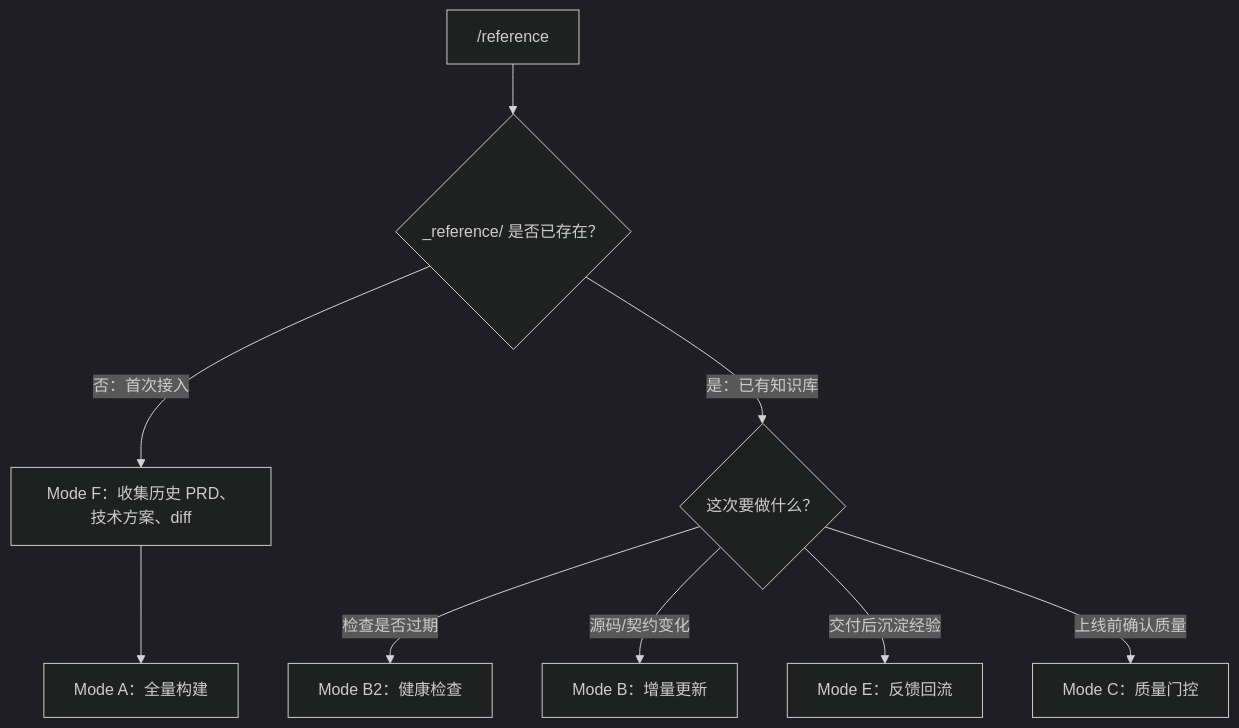
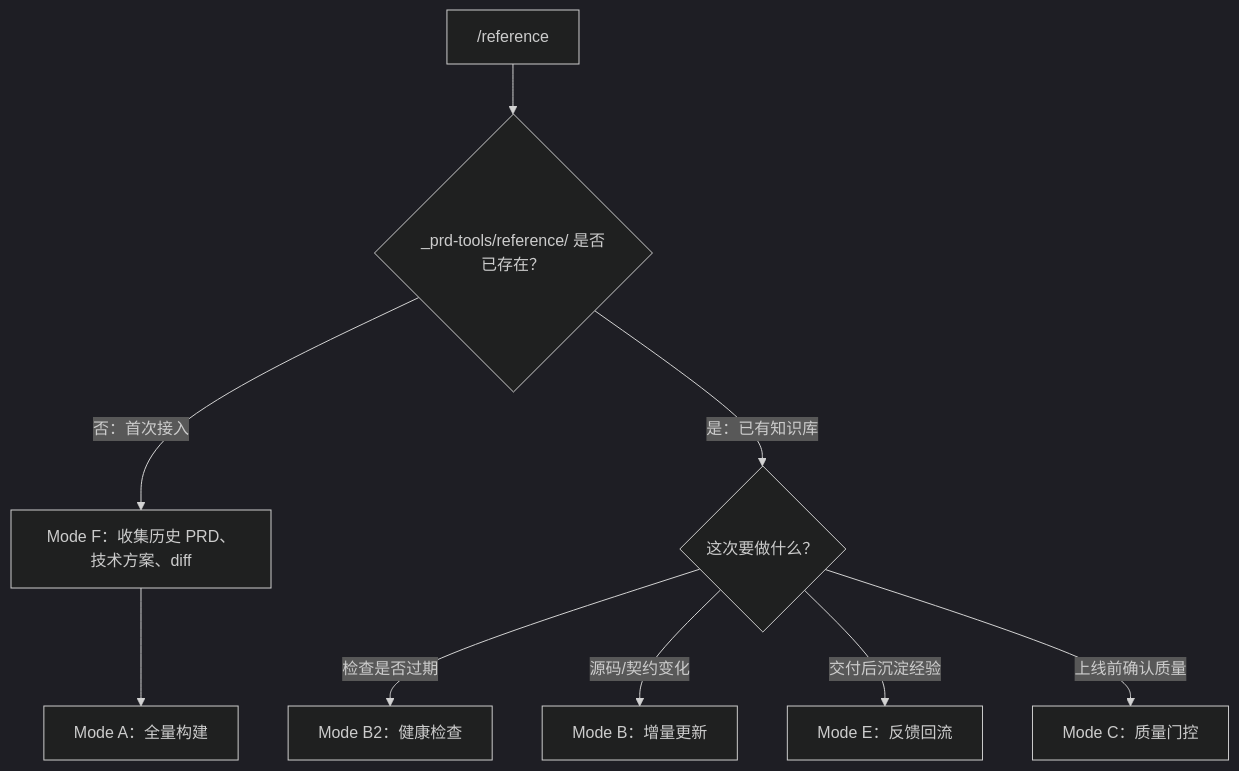
The first of 2 diagrams in plugins/build-reference/README.md (zachary-lz-glm/prd-tools), drawn with Mermaid (dark theme) before and after one commit. The commit also changed other lines of this file and 25 other files, not shown here.

First line of the commit message:
refactor: _output/ + _reference/ 统一为 _prd-tools/，Spec Kit 对齐重组

````diff
--- a/plugins/build-reference/README.md
+++ b/plugins/build-reference/README.md
@@ -35,11 +35,11 @@
 ```mermaid
 flowchart TD
-  A["/reference"] --> B{"_reference/ 是否已存在？"}
+  A["/reference"] --> B{"_prd-tools/reference/ 是否已存在？"}
   B -- "否：首次接入" --> C["Mode F：收集历史 PRD、技术方案、diff"]
   C --> D["Mode A：全量构建"]
   B -- "是：已有知识库" --> E{"这次要做什么？"}
   E -- "检查是否过期" --> F["Mode B2：健康检查"]
   E -- "源码/契约变化" --> G["Mode B：增量更新"]
   E -- "交付后沉淀经验" --> H["Mode E：反馈回流"]
   E -- "上线前确认质量" --> I["Mode C：质量门控"]
 ```
````
